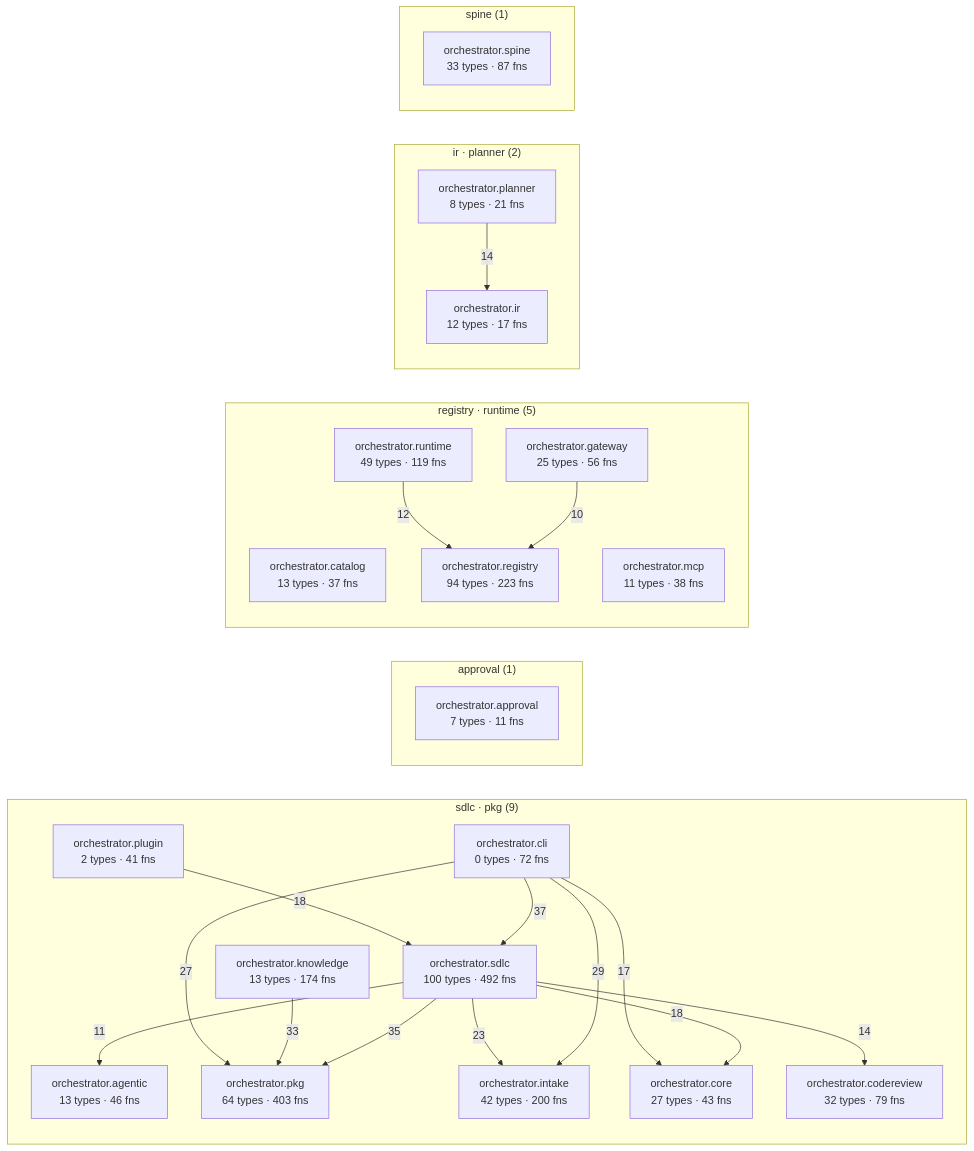
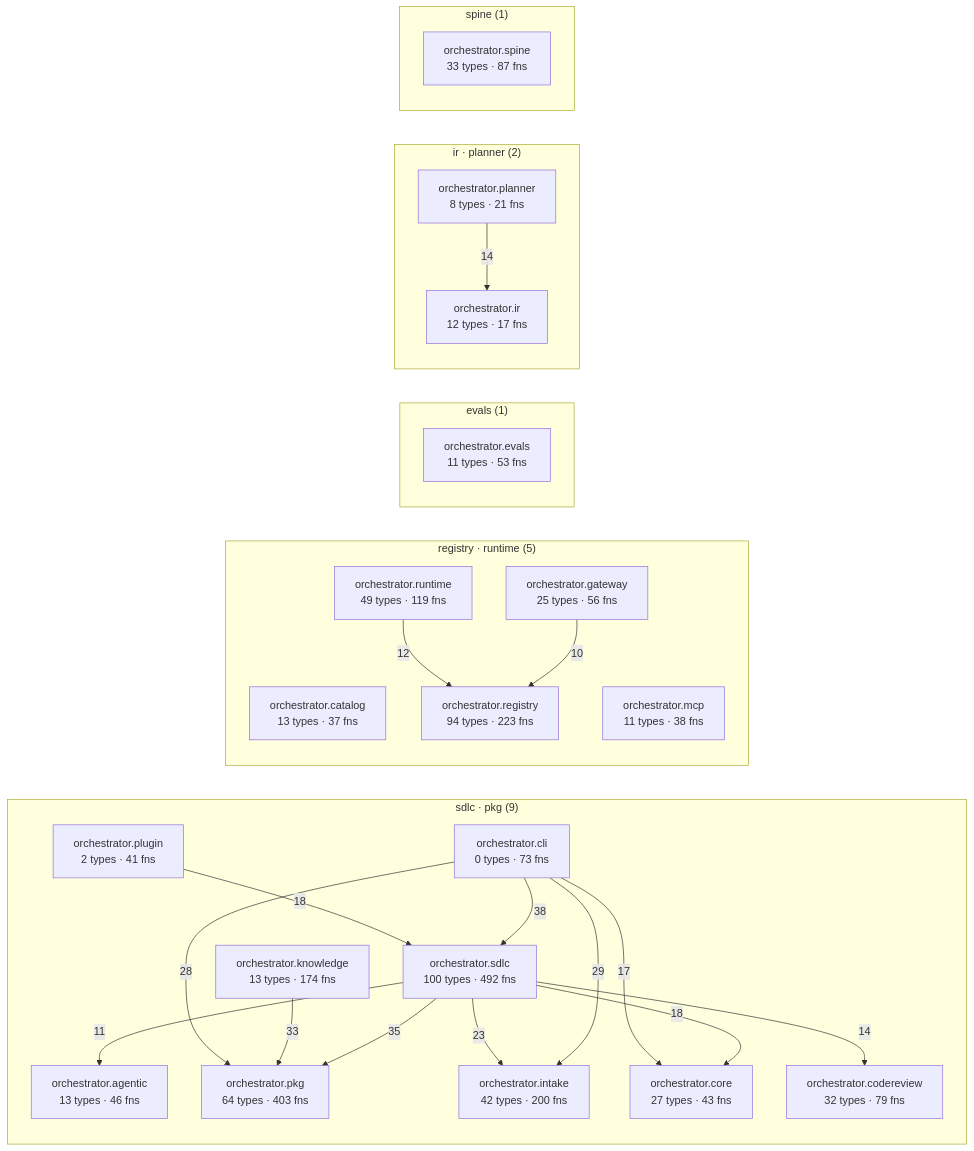
Before and after one commit to synaptixs/spine: the diagram in episteme/architecture.md, drawn with Mermaid. The commit also changed other lines of this file and 24 other files, not shown here.

````diff
--- a/episteme/architecture.md
+++ b/episteme/architecture.md
@@ -54,45 +54,45 @@
 ```mermaid
 flowchart LR
   subgraph c_1["sdlc · pkg (9)"]
     aorchestratoragentic["orchestrator.agentic<br/>13 types · 46 fns"]
-    aorchestratorcli["orchestrator.cli<br/>0 types · 72 fns"]
+    aorchestratorcli["orchestrator.cli<br/>0 types · 73 fns"]
     aorchestratorcodereview["orchestrator.codereview<br/>32 types · 79 fns"]
     aorchestratorcore["orchestrator.core<br/>27 types · 43 fns"]
     aorchestratorintake["orchestrator.intake<br/>42 types · 200 fns"]
     aorchestratorknowledge["orchestrator.knowledge<br/>13 types · 174 fns"]
     aorchestratorpkg["orchestrator.pkg<br/>64 types · 403 fns"]
     aorchestratorplugin["orchestrator.plugin<br/>2 types · 41 fns"]
     aorchestratorsdlc["orchestrator.sdlc<br/>100 types · 492 fns"]
   end
-  subgraph c_2["approval (1)"]
-    aorchestratorapproval["orchestrator.approval<br/>7 types · 11 fns"]
-  end
   subgraph c_3["registry · runtime (5)"]
     aorchestratorcatalog["orchestrator.catalog<br/>13 types · 37 fns"]
     aorchestratorgateway["orchestrator.gateway<br/>25 types · 56 fns"]
     aorchestratormcp["orchestrator.mcp<br/>11 types · 38 fns"]
     aorchestratorregistry["orchestrator.registry<br/>94 types · 223 fns"]
     aorchestratorruntime["orchestrator.runtime<br/>49 types · 119 fns"]
+  end
+  subgraph c_5["evals (1)"]
+    aorchestratorevals["orchestrator.evals<br/>11 types · 53 fns"]
   end
   subgraph c_7["ir · planner (2)"]
     aorchestratorir["orchestrator.ir<br/>12 types · 17 fns"]
     aorchestratorplanner["orchestrator.planner<br/>8 types · 21 fns"]
   end
   subgraph c_10["spine (1)"]
     aorchestratorspine["orchestrator.spine<br/>33 types · 87 fns"]
   end
-  aorchestratorcli -->|37| aorchestratorsdlc
+  aorchestratorcli -->|38| aorchestratorsdlc
   aorchestratorsdlc -->|35| aorchestratorpkg
   aorchestratorknowledge -->|33| aorchestratorpkg
   aorchestratorcli -->|29| aorchestratorintake
-  aorchestratorcli -->|27| aorchestratorpkg
+  aorchestratorcli -->|28| aorchestratorpkg
   aorchestratorsdlc -->|23| aorchestratorintake
   aorchestratorplugin -->|18| aorchestratorsdlc
   aorchestratorsdlc -->|18| aorchestratorcore
   aorchestratorcli -->|17| aorchestratorcore
   aorchestratorplanner -->|14| aorchestratorir
   aorchestratorsdlc -->|14| aorchestratorcodereview
   aorchestratorruntime -->|12| aorchestratorregistry
   aorchestratorsdlc -->|11| aorchestratoragentic
   aorchestratorgateway -->|10| aorchestratorregistry
 ```
````
